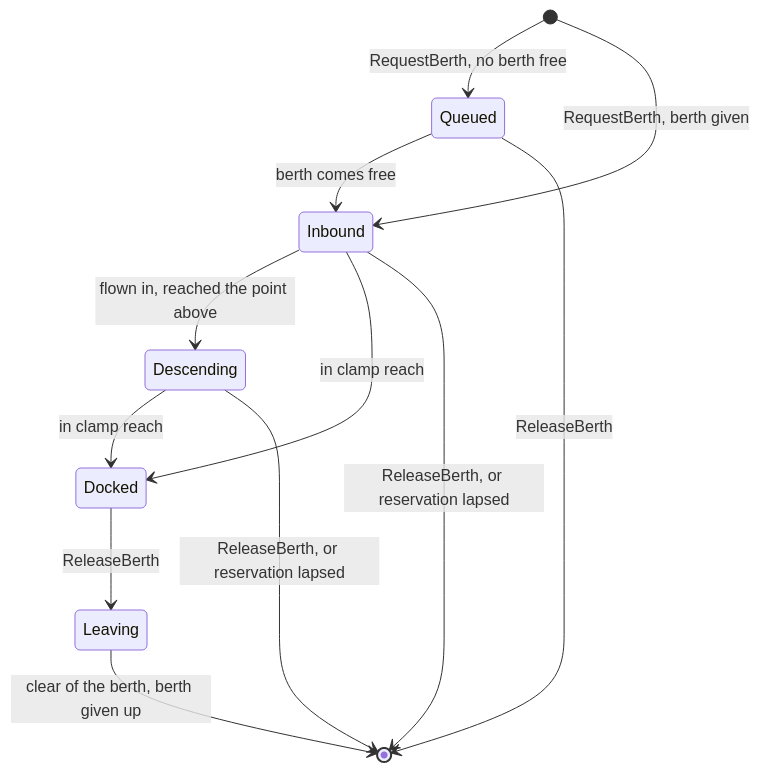
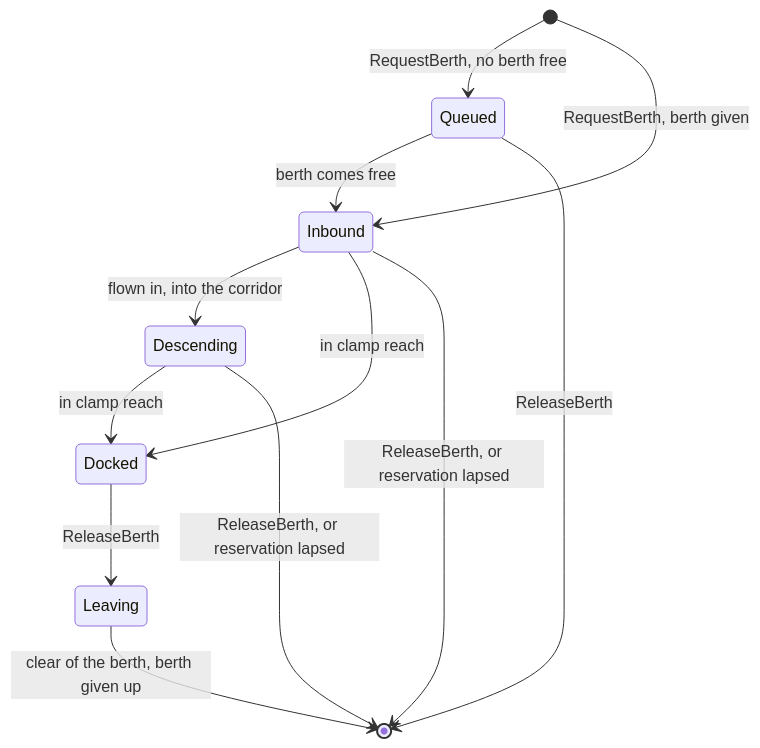
One commit to ivanhawkes/jettison changed the diagram in docs/docks.md. Above: the diagram before and after it, drawn with Mermaid. The commit also changed other lines of this file and 16 other files, not shown here.

````diff
--- a/docs/docks.md
+++ b/docs/docks.md
@@ -159,14 +160,14 @@
 ```mermaid
 stateDiagram-v2
     [*] --> Queued: RequestBerth, no berth free
     [*] --> Inbound: RequestBerth, berth given
     Queued --> Inbound: berth comes free
-    Inbound --> Descending: flown in, reached the point above
+    Inbound --> Descending: flown in, into the corridor
     Inbound --> Docked: in clamp reach
     Descending --> Docked: in clamp reach
     Docked --> Leaving: ReleaseBerth
     Leaving --> [*]: clear of the berth, berth given up
     Queued --> [*]: ReleaseBerth
     Inbound --> [*]: ReleaseBerth, or reservation lapsed
     Descending --> [*]: ReleaseBerth, or reservation lapsed
 ```
````
